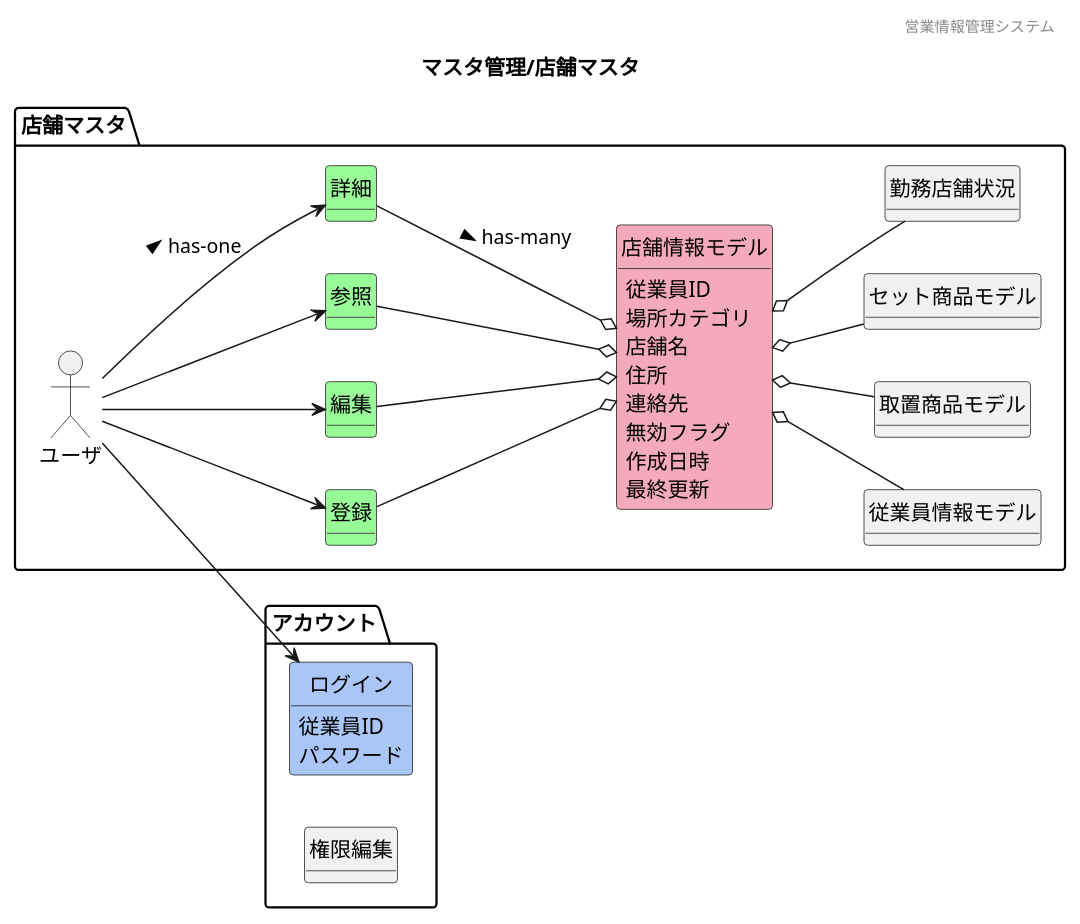
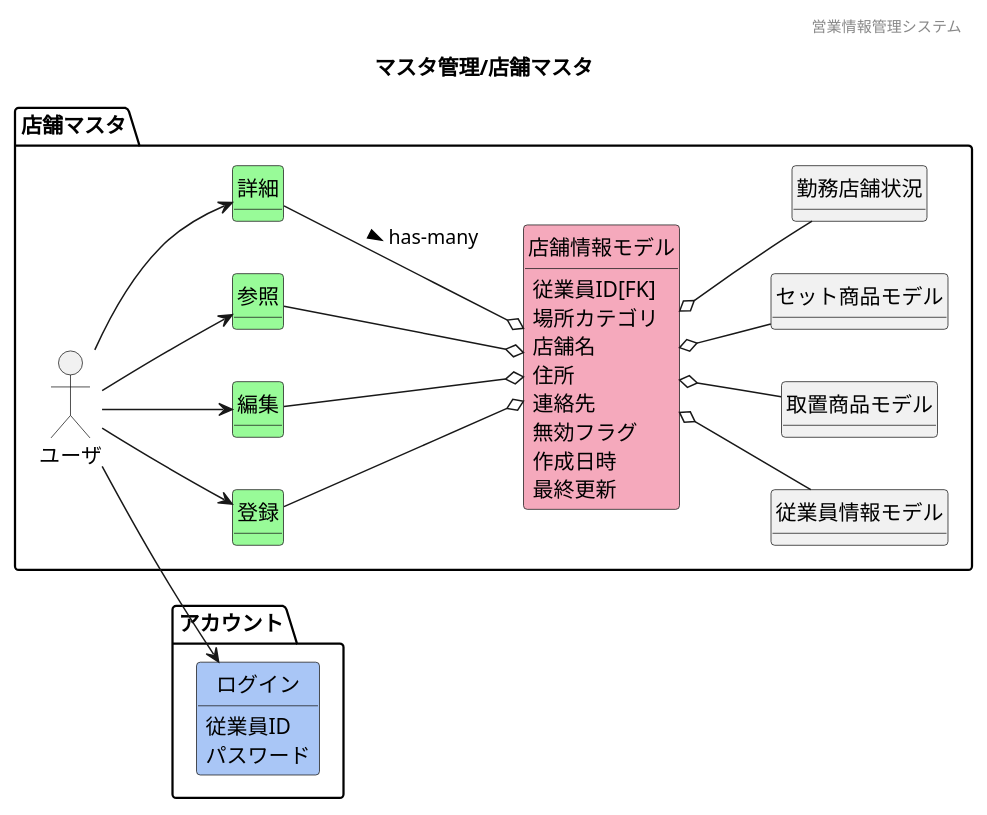
One commit to HaruShim/Sotuken changed the diagram in 各種設計書/1ドメインモデル図/マスタ管理/F02店舗マスタ.plantuml. Above: the diagram before and after it, drawn with PlantUML. The commit also changed 11 other files, not shown here.

```diff
--- a/各種設計書/1ドメインモデル図/マスタ管理/F02店舗マスタ.plantuml
+++ b/各種設計書/1ドメインモデル図/マスタ管理/F02店舗マスタ.plantuml
@@ -1,96 +1,95 @@
 @startuml images/マスタ管理/店舗マスタ
 ' ヘッダー
 header 営業情報管理システム
 ' タイトル
 title マスタ管理/店舗マスタ
 ' 
 hide circle
 ' 
 hide method
 ' hide members
 left to right direction
 
 package "アカウント"{
     class "ログイン" #A9C6F6
-    class "権限編集"
-}
+    }
 
 package "店舗マスタ"{
     mix_actor "ユーザ"
     class "登録" #98fb98
     class "編集" #98fb98
     class "参照" #98fb98
     class "詳細" #98fb98
     class "店舗情報モデル" #F5A9BC
     class "従業員情報モデル"
     class "取置商品モデル"
     class "セット商品モデル"
     ' class "" #F5A9BC
     ' class "" #F5A9BC
     
 
     ユーザ --> 参照
     ユーザ --> 登録
     ユーザ --> 編集
-    ユーザ --> 詳細 : > has-one
+    ユーザ --> 詳細
     ユーザ --> ログイン
     参照 --o 店舗情報モデル
     登録 --o 店舗情報モデル
     編集 --o 店舗情報モデル
     詳細 --o 店舗情報モデル : > has-many
     店舗情報モデル o-- 勤務店舗状況
     店舗情報モデル o-- 従業員情報モデル
     店舗情報モデル o-- 取置商品モデル
     店舗情報モデル o-- セット商品モデル
 
-    店舗情報モデル : 従業員ID
+    店舗情報モデル : 従業員ID[FK]
     店舗情報モデル : 場所カテゴリ
     店舗情報モデル : 店舗名
     店舗情報モデル : 住所
     店舗情報モデル : 連絡先
     店舗情報モデル : 無効フラグ
     店舗情報モデル : 作成日時
     店舗情報モデル : 最終更新
     ' 勤務店舗状況 : 店舗名
     ' 勤務店舗状況 : 従業員数
     ' 勤務店舗状況 : 責任者
     ' 店舗情報モデル : 店舗名
     ' 店舗情報モデル : 住所
     ' 店舗情報モデル : 連絡先
     ' 店舗情報モデル : 店長
     ' 店舗情報モデル : 主な従業員
     ' セット商品モデル : セット商品ID
     ' セット商品モデル : セット名
     ' セット商品モデル : 商品コード
     ' セット商品モデル : 型番
     ' セット商品モデル : 店舗ID[FK]
     ' セット商品モデル : 商品数
     ' セット商品モデル : 作成日時
     ' セット商品モデル : 最終更新日時
     ' 取置商品モデル : 取置予約ID
     ' 取置商品モデル : 商品コード[FK]
     ' 取置商品モデル : 型番
     ' 取置商品モデル : 店舗ID[FK]
     ' 取置商品モデル : 予約者氏名
     ' 取置商品モデル : 連絡先
     ' 取置商品モデル : 予約日時
     ' 取置商品モデル : 最終更新日時
     ' 従業員情報モデル : 従業員ID
     ' 従業員情報モデル : 雇用形態
     ' 従業員情報モデル : 店舗ID[FK]
     ' 従業員情報モデル : 氏名
     ' 従業員情報モデル : 氏名(カナ)
     ' 従業員情報モデル : 電話番号
     ' 従業員情報モデル : 性別
     ' 従業員情報モデル : 生年月日
     ' 従業員情報モデル : 年齢
     ' 従業員情報モデル : パスワード
     ' 従業員情報モデル : 無効フラグ
     ' 従業員情報モデル : 作成日時
     ' 従業員情報モデル : 最終更新日時
     ログイン : 従業員ID
     ログイン : パスワード
 }
 
 
 @enduml
```
